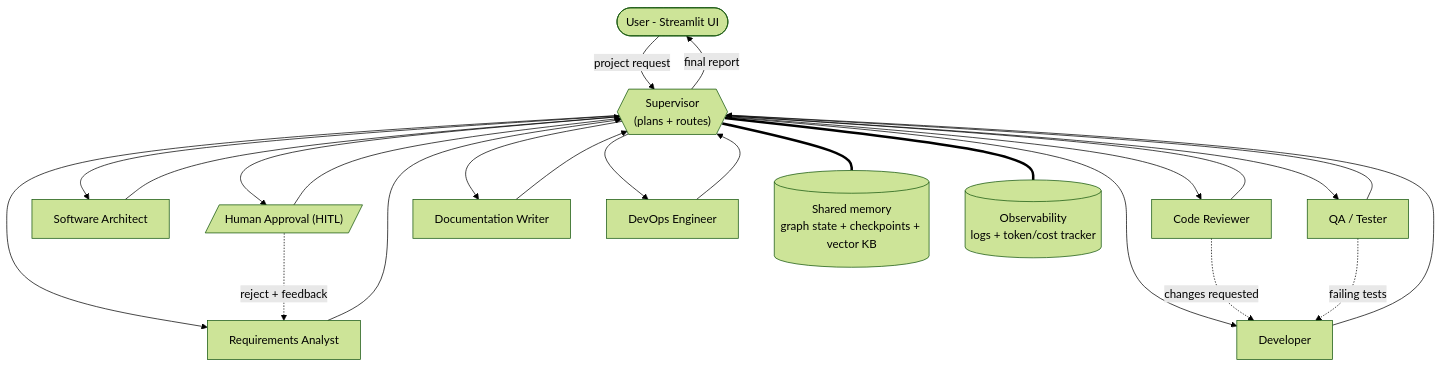
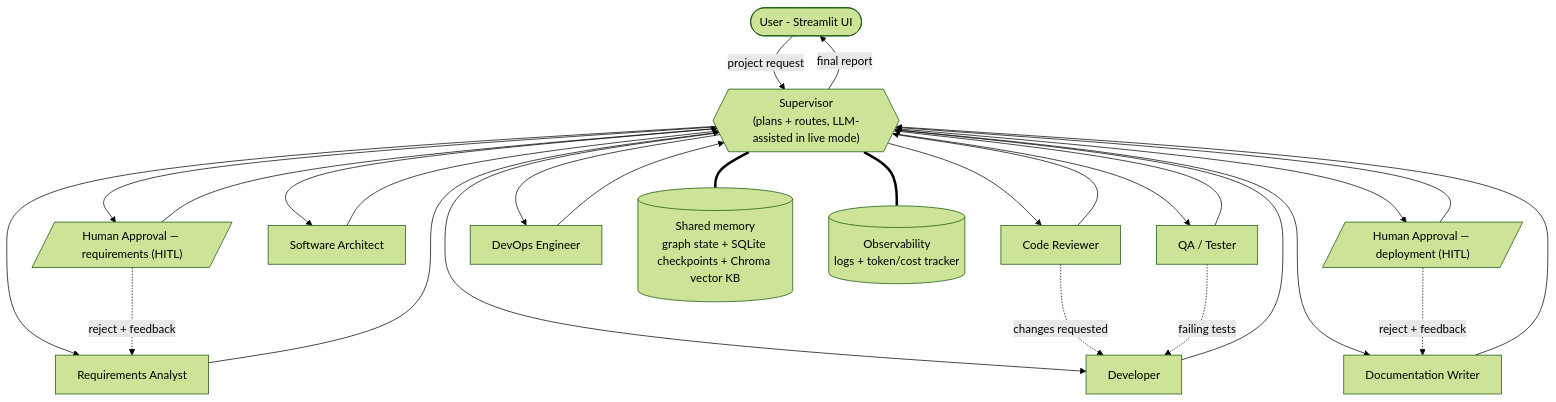
The diagram in docs/architecture.md (ATHOY43259/Devcrew-ai), drawn with Mermaid (forest theme) before and after one commit. The commit also changed other lines of this file and 5 other files, not shown here.

First line of the commit message:
feat(orchestration): LLM-assisted routing, SQLite checkpoints, retry, deployment gate

````diff
--- a/docs/architecture.md
+++ b/docs/architecture.md
@@ -8,33 +9,36 @@
 ```mermaid
 flowchart TD
     USER([User - Streamlit UI])
-    SUP{{"Supervisor<br/>(plans + routes)"}}
-    HITL[/"Human Approval (HITL)"/]
+    SUP{{"Supervisor<br/>(plans + routes, LLM-assisted in live mode)"}}
+    HITL[/"Human Approval — requirements (HITL)"/]
+    HITL2[/"Human Approval — deployment (HITL)"/]
     RA["Requirements Analyst"]
     AR["Software Architect"]
     DEV["Developer"]
     REV["Code Reviewer"]
     QA["QA / Tester"]
     DOC["Documentation Writer"]
     OPS["DevOps Engineer"]
-    MEM[("Shared memory<br/>graph state + checkpoints + vector KB")]
+    MEM[("Shared memory<br/>graph state + SQLite checkpoints + Chroma vector KB")]
     OBS[("Observability<br/>logs + token/cost tracker")]
 
     USER -- "project request" --> SUP
     SUP --> RA --> SUP
     SUP --> HITL --> SUP
     SUP --> AR --> SUP
     SUP --> DEV --> SUP
     SUP --> REV --> SUP
     SUP --> QA --> SUP
     SUP --> DOC --> SUP
+    SUP --> HITL2 --> SUP
     SUP --> OPS --> SUP
     SUP -- "final report" --> USER
 
     REV -. "changes requested" .-> DEV
     QA -. "failing tests" .-> DEV
     HITL -. "reject + feedback" .-> RA
+    HITL2 -. "reject + feedback" .-> DOC
 
     SUP === MEM
     SUP === OBS
 ```
````
